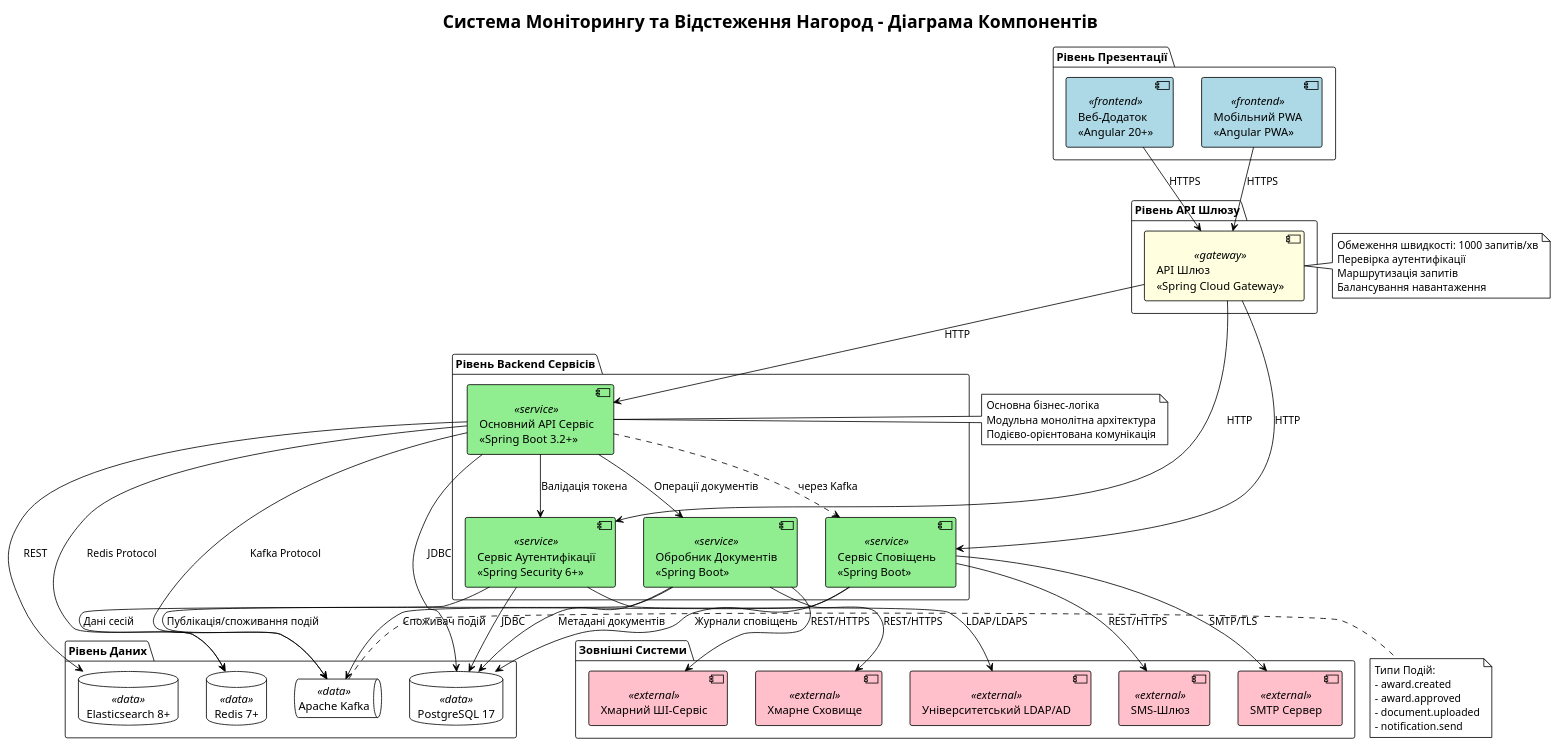
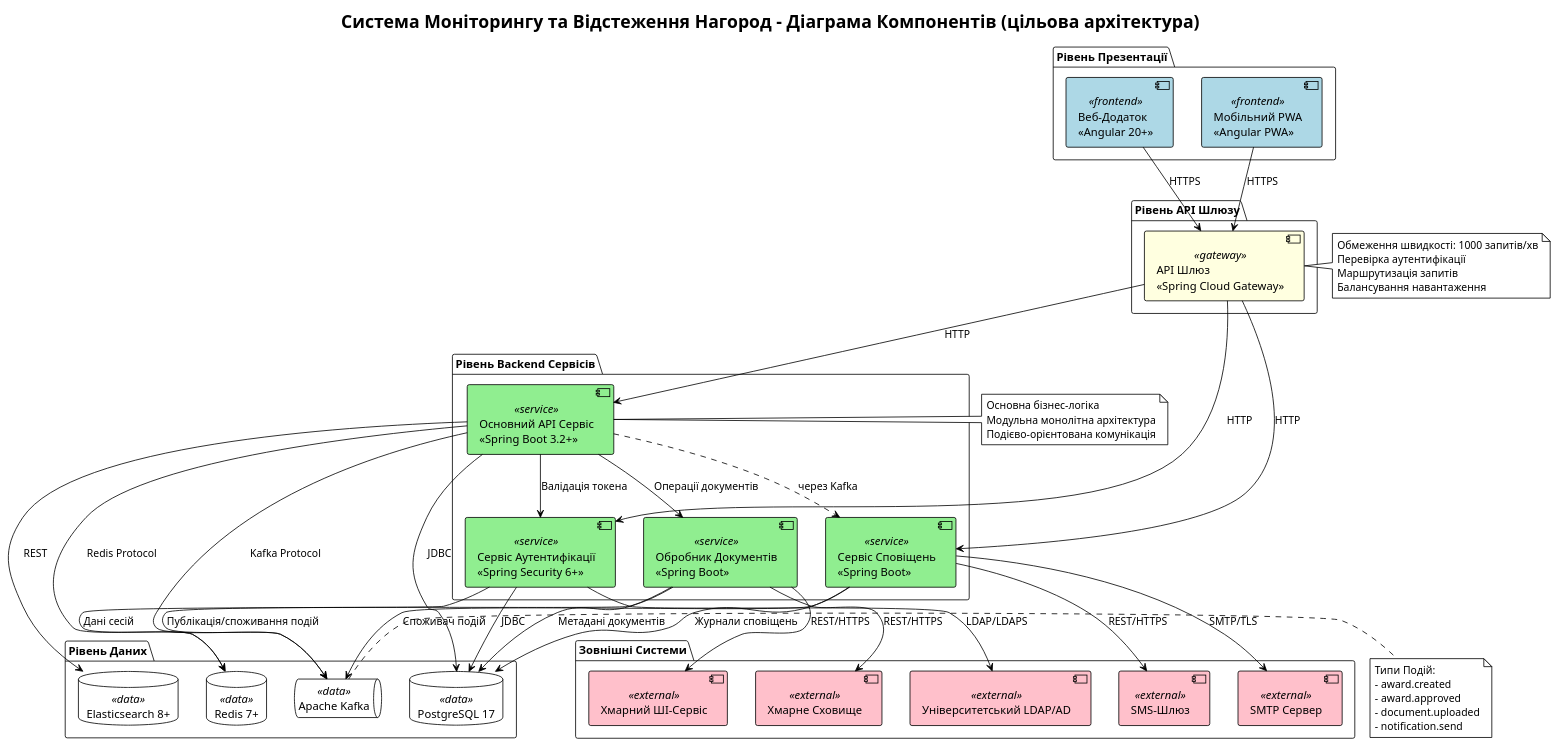
Before and after one commit to StKostyk/award-monitoring-system: the diagram in docs/ua/diagrams/uml/component-diagram.puml, drawn with PlantUML. The commit also changed 34 other files, not shown here.

```diff
--- a/docs/ua/diagrams/uml/component-diagram.puml
+++ b/docs/ua/diagrams/uml/component-diagram.puml
@@ -1,108 +1,110 @@
 @startuml Component_Diagram_UA
 !theme plain
 skinparam component {
     BackgroundColor<<frontend>> LightBlue
     BackgroundColor<<gateway>> LightYellow
     BackgroundColor<<service>> LightGreen
     BackgroundColor<<data>> LightGray
     BackgroundColor<<external>> Pink
 }
 
-title Система Моніторингу та Відстеження Нагород - Діаграма Компонентів
+title Система Моніторингу та Відстеження Нагород - Діаграма Компонентів (цільова архітектура)
+
+' Цільова архітектура (проєкт 2025 року). Реалізація після епіку 2: package-diagram.puml і ../c4-container-as-built.puml; відкладені частини перелічено в доповненнях до ADR від 2026-10.
 
 ' Рівень Frontend
 package "Рівень Презентації" {
     component [Веб-Додаток\n<<Angular 20+>>] <<frontend>> as webapp
     component [Мобільний PWA\n<<Angular PWA>>] <<frontend>> as pwa
 }
 
 ' Рівень API Шлюзу
 package "Рівень API Шлюзу" {
     component [API Шлюз\n<<Spring Cloud Gateway>>] <<gateway>> as gateway
 }
 
 ' Рівень Backend Сервісів
 package "Рівень Backend Сервісів" {
     
     component [Основний API Сервіс\n<<Spring Boot 3.2+>>] <<service>> as core_api
     component [Сервіс Аутентифікації\n<<Spring Security 6+>>] <<service>> as auth_service
     component [Сервіс Сповіщень\n<<Spring Boot>>] <<service>> as notif_service
     component [Обробник Документів\n<<Spring Boot>>] <<service>> as doc_processor
 }
 
 ' Рівень Даних
 package "Рівень Даних" {
     database "PostgreSQL 17" <<data>> as postgres
     database "Redis 7+" <<data>> as redis
     database "Elasticsearch 8+" <<data>> as elasticsearch
     queue "Apache Kafka" <<data>> as kafka
 }
 
 ' Зовнішні Системи
 package "Зовнішні Системи" {
     component [Університетський LDAP/AD] <<external>> as ldap
     component [Хмарний ШІ-Сервіс] <<external>> as ai_service
     component [SMTP Сервер] <<external>> as smtp
     component [SMS-Шлюз] <<external>> as sms_gateway
     component [Хмарне Сховище] <<external>> as cloud_storage
 }
 
 ' Зв'язки - Frontend до Шлюзу
 webapp --> gateway : HTTPS
 pwa --> gateway : HTTPS
 
 ' Зв'язки - Шлюз до Сервісів
 gateway --> core_api : HTTP
 gateway --> auth_service : HTTP
 gateway --> notif_service : HTTP
 
 ' Зв'язки - Сервіс до Сервісу
 core_api --> auth_service : Валідація токена
 core_api --> doc_processor : Операції документів
 core_api ..> notif_service : через Kafka
 
 ' Зв'язки - Сервіси до Даних
 core_api --> postgres : JDBC
 core_api --> redis : Redis Protocol
 core_api --> elasticsearch : REST
 core_api --> kafka : Kafka Protocol
 
 auth_service --> postgres : JDBC
 auth_service --> redis : Дані сесій
 
 notif_service --> postgres : Журнали сповіщень
 notif_service --> kafka : Споживач подій
 
 doc_processor --> postgres : Метадані документів
 doc_processor --> kafka : Публікація/споживання подій
 
 ' Зв'язки - Сервіси до Зовнішніх
 auth_service --> ldap : LDAP/LDAPS
 doc_processor --> ai_service : REST/HTTPS
 doc_processor --> cloud_storage : REST/HTTPS
 notif_service --> smtp : SMTP/TLS
 notif_service --> sms_gateway : REST/HTTPS
 
 ' Примітки
 note right of gateway
     Обмеження швидкості: 1000 запитів/хв
     Перевірка аутентифікації
     Маршрутизація запитів
     Балансування навантаження
 end note
 
 note right of core_api
     Основна бізнес-логіка
     Модульна монолітна архітектура
     Подієво-орієнтована комунікація
 end note
 
 note right of kafka
     Типи Подій:
     - award.created
     - award.approved
     - document.uploaded
     - notification.send
 end note
 
 @enduml
```
